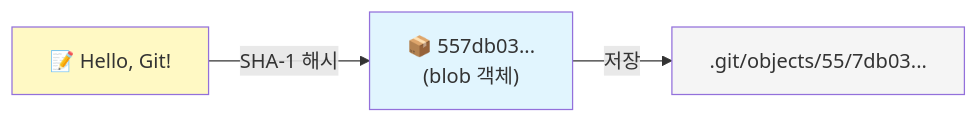
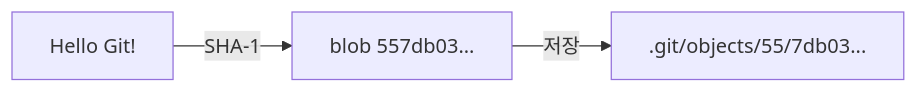
The second of 8 diagrams in content/posts/git-internals-01-object-storage.md (hiddenpunch/hiddenpunch.github.io), drawn with Mermaid before and after one commit. The commit also changed other lines of this file, not shown here.

Commit message:
Fix Mermaid syntax for v11 compatibility

```diff
--- a/content/posts/git-internals-01-object-storage.md
+++ b/content/posts/git-internals-01-object-storage.md
@@ -96,9 +60,5 @@
 <div class="mermaid">
-graph LR
-    FILE["📝 Hello, Git!"] -->|"SHA-1 해시"| BLOB["📦 557db03...<br/>(blob 객체)"]
-    BLOB -->|"저장"| PATH[".git/objects/55/7db03..."]
-    
-    style FILE fill:#fff9c4
-    style BLOB fill:#e1f5fe
-    style PATH fill:#f5f5f5
+flowchart LR
+    A[Hello Git!] -->|SHA-1| B[blob 557db03...]
+    B -->|저장| C[.git/objects/55/7db03...]
 </div>
```
